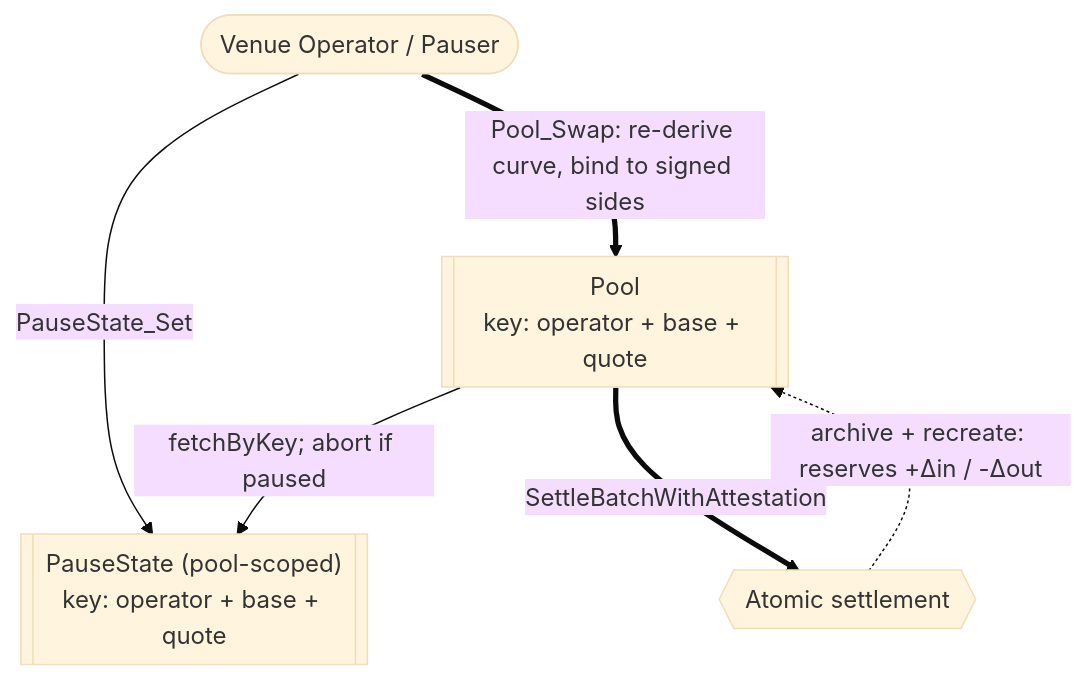
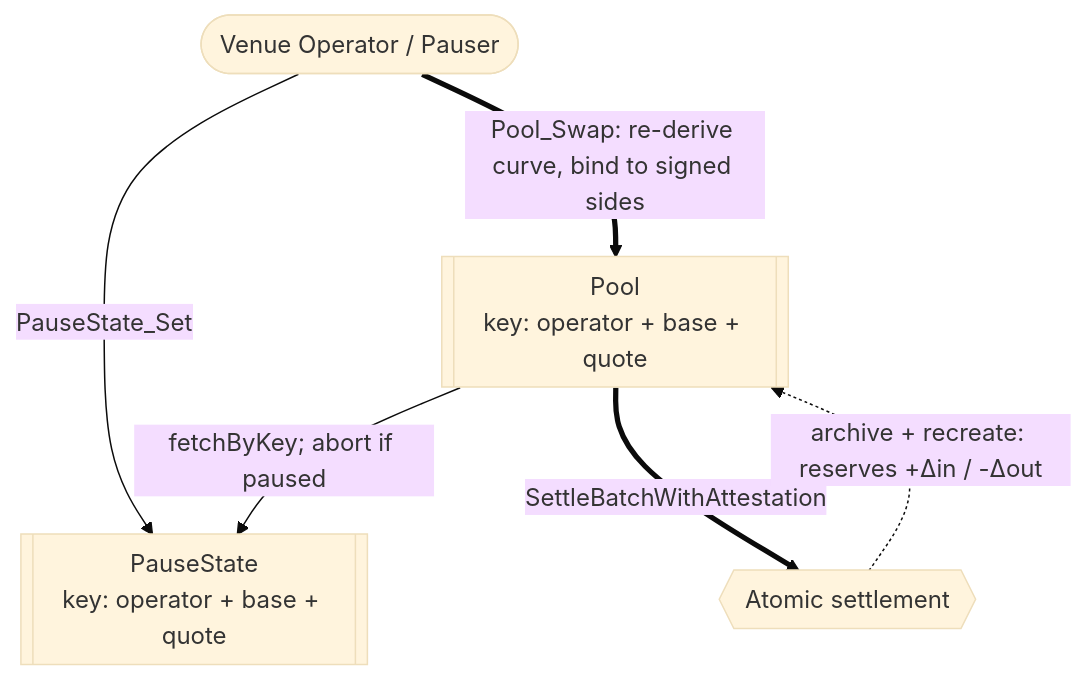
One commit to OpenZeppelin/canton-specs changed the fourth of 5 diagrams in docs/reference-architectures/dex.md. Above: the diagram before and after it, drawn with Mermaid (base theme). The commit also changed other lines of this file, not shown here.

````diff
--- a/docs/reference-architectures/dex.md
+++ b/docs/reference-architectures/dex.md
@@ -364,13 +354,13 @@
 ```mermaid
 flowchart TD
     Operator([Venue Operator / Pauser])
     Pool[["Pool<br/>key: operator + base + quote"]]
-    Pause[["PauseState (pool-scoped)<br/>key: operator + base + quote"]]
+    Pause[["PauseState<br/>key: operator + base + quote"]]
     Settle{{Atomic settlement}}
 
     Operator -->|"PauseState_Set"| Pause
     Operator ==>|"Pool_Swap: re-derive curve, bind to signed sides"| Pool
     Pool -->|"fetchByKey; abort if paused"| Pause
     Pool ==>|"SettleBatchWithAttestation"| Settle
     Settle -.->|"archive + recreate: reserves +Δin / -Δout"| Pool
 ```
````
